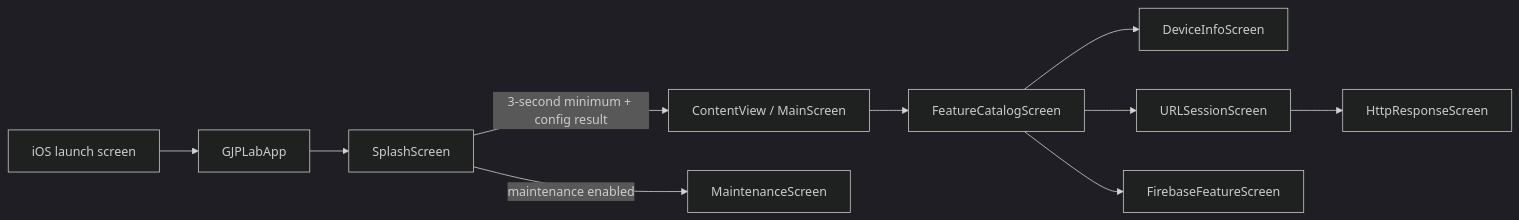
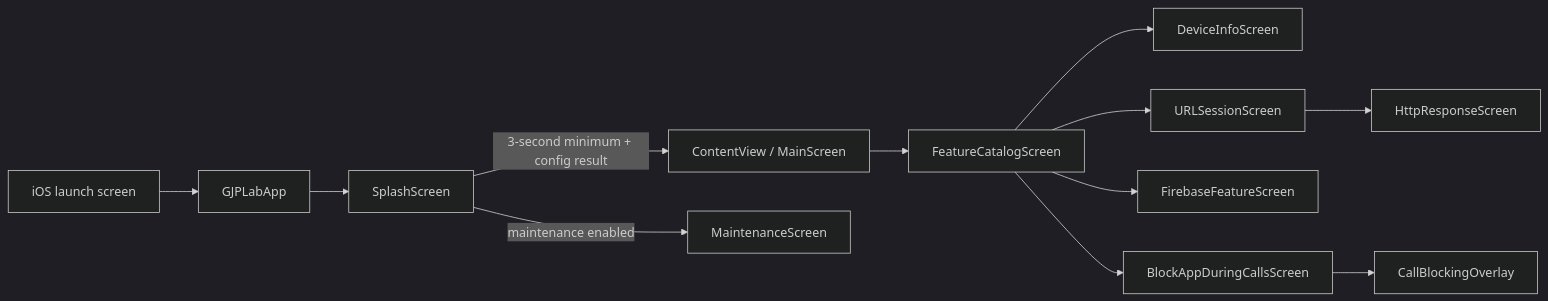
The first of 2 diagrams in doc/architecture/application.md (gjp-ai/gjp-lab-ios-swift), drawn with Mermaid (dark theme) before and after one commit. The commit also changed other lines of this file and 12 other files, not shown here.

````diff
--- a/doc/architecture/application.md
+++ b/doc/architecture/application.md
@@ -11,12 +11,14 @@
 ```mermaid
 flowchart LR
     Launch[iOS launch screen] --> App[GJPLabApp]
     App --> Splash[SplashScreen]
     Splash -->|3-second minimum + config result| Dashboard[ContentView / MainScreen]
     Splash -->|maintenance enabled| Maintenance[MaintenanceScreen]
     Dashboard --> Catalog[FeatureCatalogScreen]
     Catalog --> Device[DeviceInfoScreen]
     Catalog --> HTTP[URLSessionScreen]
     Catalog --> Firebase[FirebaseFeatureScreen]
     HTTP --> Response[HttpResponseScreen]
+    Catalog --> Calls[BlockAppDuringCallsScreen]
+    Calls --> Overlay[CallBlockingOverlay]
 ```
````
